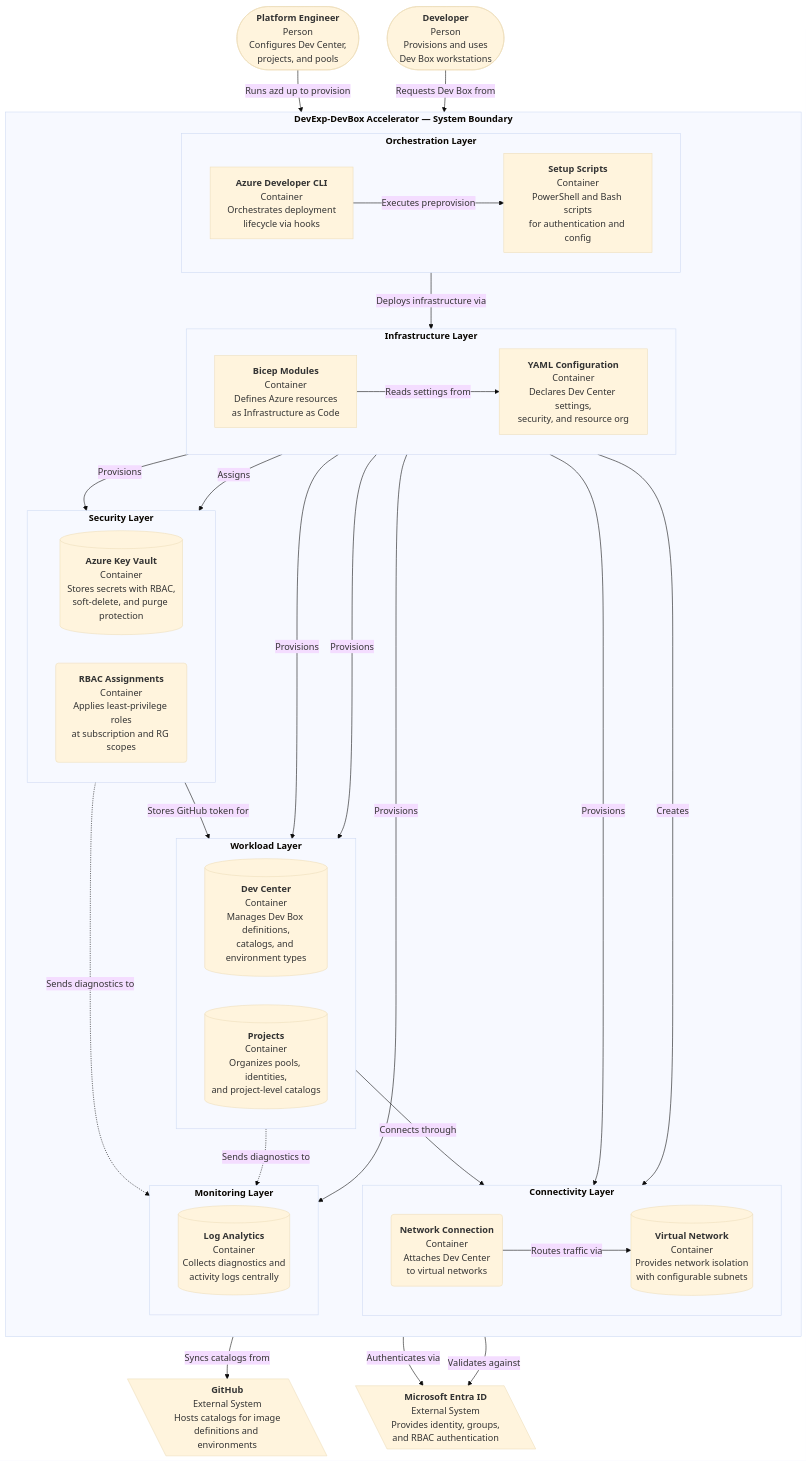
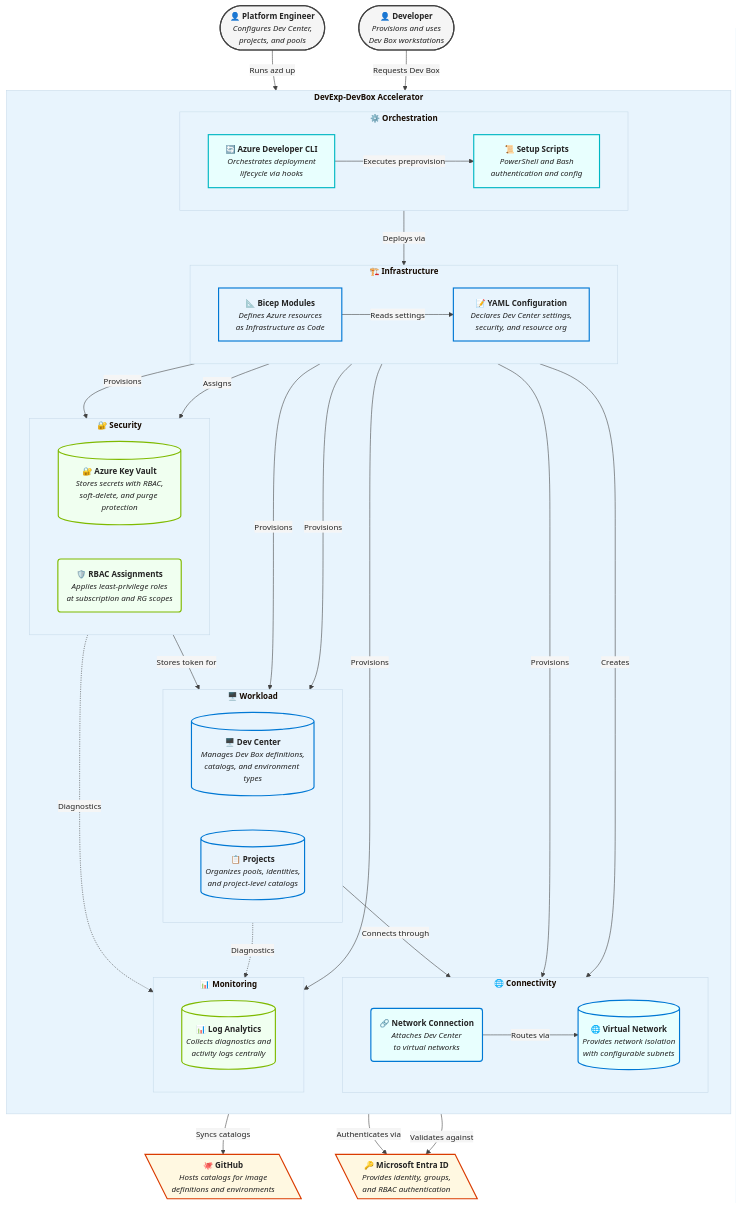
Before and after one commit to Evilazaro/DevExp-DevBox: the diagram in README.md, drawn with Mermaid.

Commit message:
Enhance README.md with improved styling, updated flowchart elements, and refined descriptions for clarity and consistency

````diff
--- a/README.md
+++ b/README.md
@@ -67,73 +67,84 @@
   theme: base
   flowchart:
     htmlLabels: true
+    nodeSpacing: 60
+    rankSpacing: 50
   themeVariables:
-    fontSize: 16px
+    fontSize: 14px
+    fontFamily: "Segoe UI, system-ui, sans-serif"
+    primaryColor: "#0078D4"
+    primaryTextColor: "#242424"
+    primaryBorderColor: "#005A9E"
+    secondaryColor: "#F5F5F5"
+    tertiaryColor: "#E8F4FD"
+    lineColor: "#424242"
+    textColor: "#242424"
 ---
 flowchart TB
     %% C4 Container Diagram — DevExp-DevBox Accelerator
+    %% Styled with Microsoft Fluent UI design guidelines
 
     %% PERSONS / ACTORS
-    PlatformEngineer([<b>Platform Engineer</b><br>Person<br>Configures Dev Center,<br>projects, and pools])
-    Developer([<b>Developer</b><br>Person<br>Provisions and uses<br>Dev Box workstations])
+    PlatformEngineer([<b>👤 Platform Engineer</b><br><i>Configures Dev Center,<br>projects, and pools</i>])
+    Developer([<b>👤 Developer</b><br><i>Provisions and uses<br>Dev Box workstations</i>])
 
     %% EXTERNAL SYSTEMS
-    GitHub[\<b>GitHub</b><br>External System<br>Hosts catalogs for image<br>definitions and environments\]
-    AzureAD[\<b>Microsoft Entra ID</b><br>External System<br>Provides identity, groups,<br>and RBAC authentication\]
+    GitHub[\<b>🐙 GitHub</b><br><i>Hosts catalogs for image<br>definitions and environments</i>\]
+    AzureAD[\<b>🔑 Microsoft Entra ID</b><br><i>Provides identity, groups,<br>and RBAC authentication</i>\]
 
     %% SYSTEM BOUNDARY
-    subgraph SystemBoundary [<b>DevExp-DevBox Accelerator — System Boundary</b>]
+    subgraph SystemBoundary [<b>DevExp-DevBox Accelerator</b>]
         direction TB
 
         %% ORCHESTRATION LAYER
-        subgraph Orchestration [<b>Orchestration Layer</b>]
+        subgraph Orchestration [<b>⚙️ Orchestration</b>]
             direction LR
-            AZD[<b>Azure Developer CLI</b><br>Container<br>Orchestrates deployment<br>lifecycle via hooks]
-            SetupScripts[<b>Setup Scripts</b><br>Container<br>PowerShell and Bash scripts<br>for authentication and config]
+            AZD[<b>🔄 Azure Developer CLI</b><br><i>Orchestrates deployment<br>lifecycle via hooks</i>]
+            SetupScripts[<b>📜 Setup Scripts</b><br><i>PowerShell and Bash<br>authentication and config</i>]
         end
 
         %% INFRASTRUCTURE LAYER
-        subgraph Infrastructure [<b>Infrastructure Layer</b>]
+        subgraph Infrastructure [<b>🏗️ Infrastructure</b>]
             direction LR
-            BicepModules[<b>Bicep Modules</b><br>Container<br>Defines Azure resources<br>as Infrastructure as Code]
-            YAMLConfig[<b>YAML Configuration</b><br>Container<br>Declares Dev Center settings,<br>security, and resource org]
+            BicepModules[<b>📐 Bicep Modules</b><br><i>Defines Azure resources<br>as Infrastructure as Code</i>]
+            YAMLConfig[<b>📝 YAML Configuration</b><br><i>Declares Dev Center settings,<br>security, and resource org</i>]
         end
 
         %% WORKLOAD LAYER
-        subgraph Workload [<b>Workload Layer</b>]
+        subgraph Workload [<b>🖥️ Workload</b>]
             direction LR
-            DevCenter[(<b>Dev Center</b><br>Container<br>Manages Dev Box definitions,<br>catalogs, and environment types)]
-            Projects[(<b>Projects</b><br>Container<br>Organizes pools, identities,<br>and project-level catalogs)]
+            DevCenter[(<b>🖥️ Dev Center</b><br><i>Manages Dev Box definitions,<br>catalogs, and environment types</i>)]
+            Projects[(<b>📋 Projects</b><br><i>Organizes pools, identities,<br>and project-level catalogs</i>)]
         end
 
         %% SECURITY LAYER
-        subgraph Security [<b>Security Layer</b>]
+        subgraph Security [<b>🔐 Security</b>]
             direction LR
-            KeyVault[(<b>Azure Key Vault</b><br>Container<br>Stores secrets with RBAC,<br>soft-delete, and purge protection)]
-            RBAC(<b>RBAC Assignments</b><br>Container<br>Applies least-privilege roles<br>at subscription and RG scopes)
+            KeyVault[(<b>🔐 Azure Key Vault</b><br><i>Stores secrets with RBAC,<br>soft-delete, and purge protection</i>)]
+            RBAC(<b>🛡️ RBAC Assignments</b><br><i>Applies least-privilege roles<br>at subscription and RG scopes</i>)
         end
 
         %% CONNECTIVITY LAYER
-        subgraph Connectivity [<b>Connectivity Layer</b>]
+        subgraph Connectivity [<b>🌐 Connectivity</b>]
             direction LR
-            VNet[(<b>Virtual Network</b><br>Container<br>Provides network isolation<br>with configurable subnets)]
-            NetworkConn(<b>Network Connection</b><br>Container<br>Attaches Dev Center<br>to virtual networks)
+            VNet[(<b>🌐 Virtual Network</b><br><i>Provides network isolation<br>with configurable subnets</i>)]
+            NetworkConn(<b>🔗 Network Connection</b><br><i>Attaches Dev Center<br>to virtual networks</i>)
         end
 
         %% MONITORING LAYER
-        subgraph Monitoring [<b>Monitoring Layer</b>]
+        subgraph Monitoring [<b>📊 Monitoring</b>]
             direction LR
-            LogAnalytics[(<b>Log Analytics</b><br>Container<br>Collects diagnostics and<br>activity logs centrally)]
+            LogAnalytics[(<b>📊 Log Analytics</b><br><i>Collects diagnostics and<br>activity logs centrally</i>)]
         end
     end
 
     %% RELATIONSHIPS
-    PlatformEngineer -- "Runs azd up to provision" --> AZD
-    Developer -- "Requests Dev Box from" --> DevCenter
+    PlatformEngineer -- "Runs azd up" --> AZD
+    Developer -- "Requests Dev Box" --> DevCenter
 
     AZD -- "Executes preprovision" --> SetupScripts
-    AZD -- "Deploys infrastructure via" --> BicepModules
-    BicepModules -- "Reads settings from" --> YAMLConfig
+    AZD -- "Deploys via" --> BicepModules
+    BicepModules -- "Reads settings" --> YAMLConfig
 
     BicepModules -- "Provisions" --> DevCenter
     BicepModules -- "Provisions" --> Projects
@@ -143,12 +154,31 @@
     BicepModules -- "Creates" --> NetworkConn
     BicepModules -- "Provisions" --> LogAnalytics
 
-    DevCenter -- "Syncs catalogs from" --> GitHub
+    DevCenter -- "Syncs catalogs" --> GitHub
     Projects -- "Authenticates via" --> AzureAD
     RBAC -- "Validates against" --> AzureAD
-    KeyVault -- "Stores GitHub token for" --> DevCenter
+    KeyVault -- "Stores token for" --> DevCenter
     DevCenter -- "Connects through" --> NetworkConn
-    NetworkConn -- "Routes traffic via" --> VNet
-    DevCenter -. "Sends diagnostics to" .-> LogAnalytics
-    KeyVault -. "Sends diagnostics to" .-> LogAnalytics
+    NetworkConn -- "Routes via" --> VNet
+    DevCenter -. "Diagnostics" .-> LogAnalytics
+    KeyVault -. "Diagnostics" .-> LogAnalytics
+
+    %% STYLES — Fluent UI category colors
+    classDef workloadStyle fill:#E8F4FD,stroke:#0078D4,stroke-width:2px,color:#242424
+    classDef securityStyle fill:#F0FFF0,stroke:#7FBA00,stroke-width:2px,color:#242424
+    classDef networkStyle fill:#E8FFFE,stroke:#0078D4,stroke-width:2px,color:#242424
+    classDef monitorStyle fill:#F0FFF0,stroke:#7FBA00,stroke-width:2px,color:#242424
+    classDef orchestrationStyle fill:#E8FFFE,stroke:#00B7C3,stroke-width:2px,color:#242424
+    classDef infraStyle fill:#E8F4FD,stroke:#0078D4,stroke-width:2px,color:#242424
+    classDef externalStyle fill:#FFF8E1,stroke:#DA3B01,stroke-width:2px,color:#242424
+    classDef actorStyle fill:#F5F5F5,stroke:#424242,stroke-width:2px,color:#242424
+
+    class DevCenter,Projects workloadStyle
+    class KeyVault,RBAC securityStyle
+    class VNet,NetworkConn networkStyle
+    class LogAnalytics monitorStyle
+    class AZD,SetupScripts orchestrationStyle
+    class BicepModules,YAMLConfig infraStyle
+    class GitHub,AzureAD externalStyle
+    class PlatformEngineer,Developer actorStyle
 ```
````
